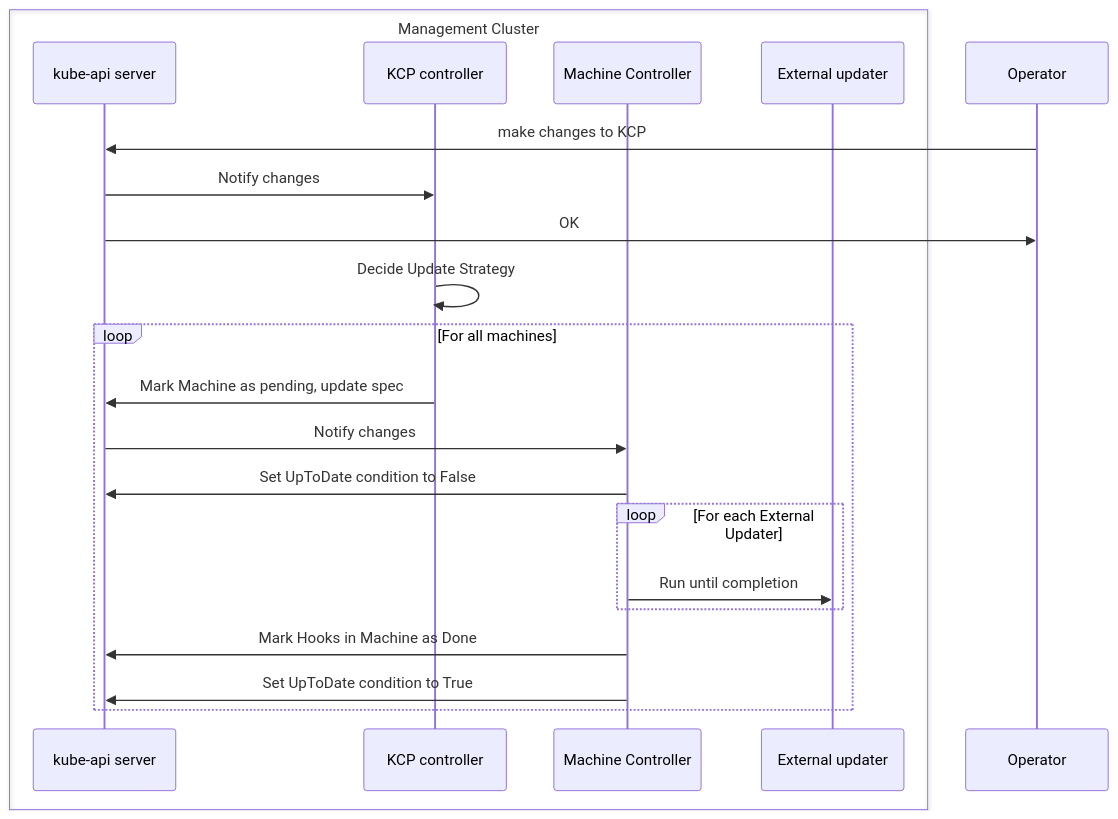
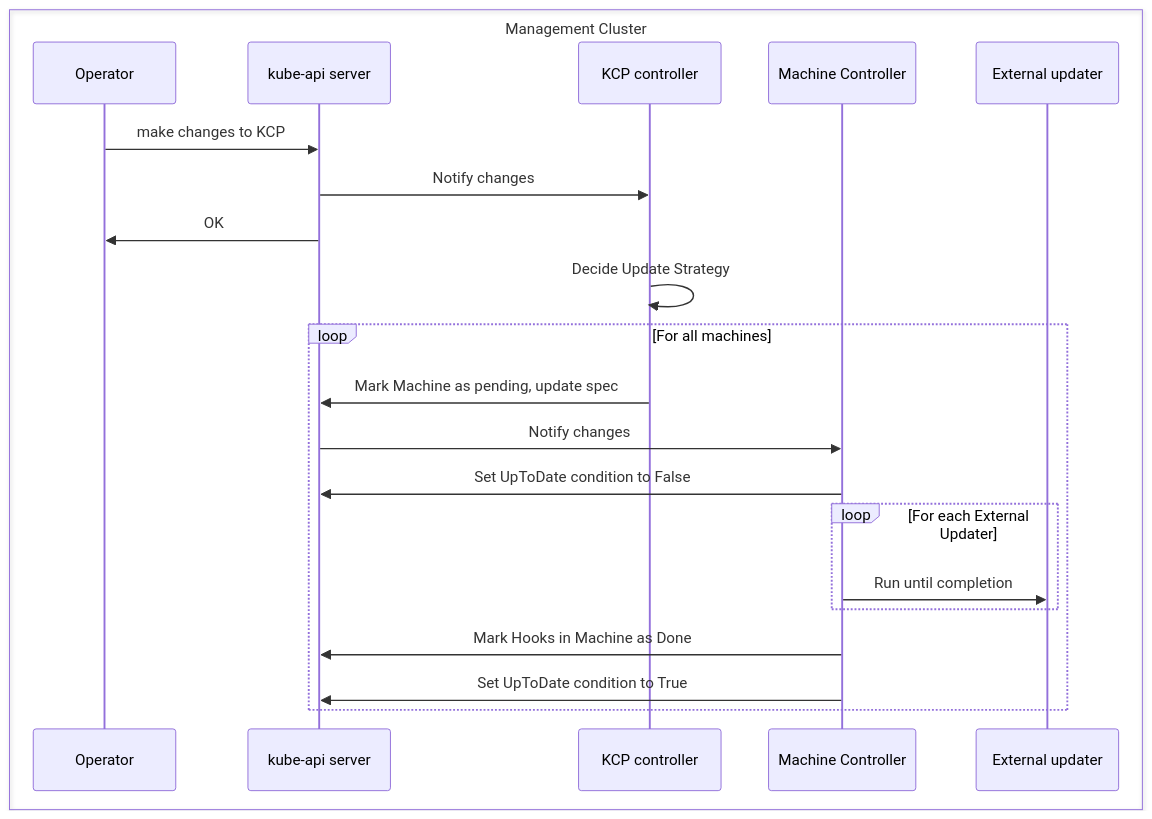
Before and after one commit to kubernetes-sigs/cluster-api: the fourth of 9 diagrams in docs/proposals/20240807-in-place-updates.md, drawn with Mermaid. The commit also changed other lines of this file, not shown here.

````diff
--- a/docs/proposals/20240807-in-place-updates.md
+++ b/docs/proposals/20240807-in-place-updates.md
@@ -320,24 +310,25 @@
 ```mermaid
 sequenceDiagram
 box Management Cluster
+    participant Operator
     participant apiserver as kube-api server
     participant capi as KCP controller
     participant mach as Machine Controller
     participant hook as External updater
 end
 
 Operator->>apiserver: make changes to KCP
 apiserver->>capi: Notify changes
 apiserver->>Operator: OK
 capi->>capi: Decide Update Strategy
 loop For all machines
     capi->>apiserver: Mark Machine as pending, update spec
     apiserver->>mach: Notify changes
     mach->>apiserver: Set UpToDate condition to False
     loop For each External Updater
         mach->>hook: Run until completion
     end
     mach->>apiserver: Mark Hooks in Machine as Done
     mach->>apiserver: Set UpToDate condition to True
 end
 ```
````
